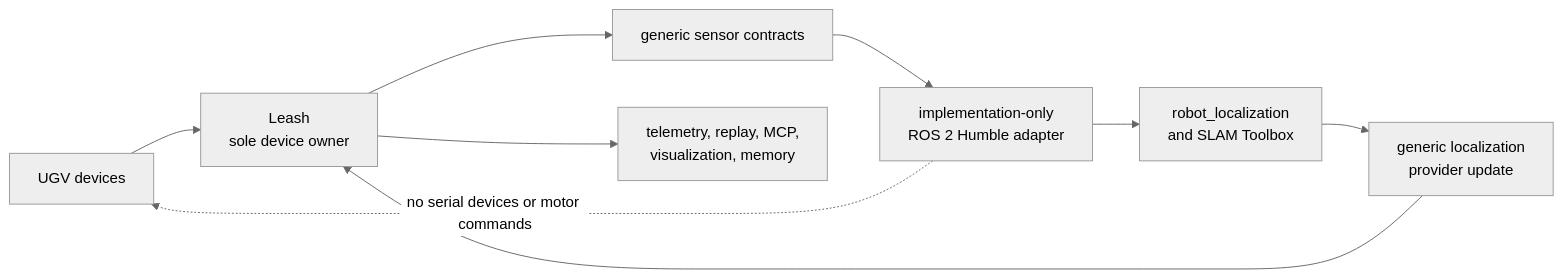
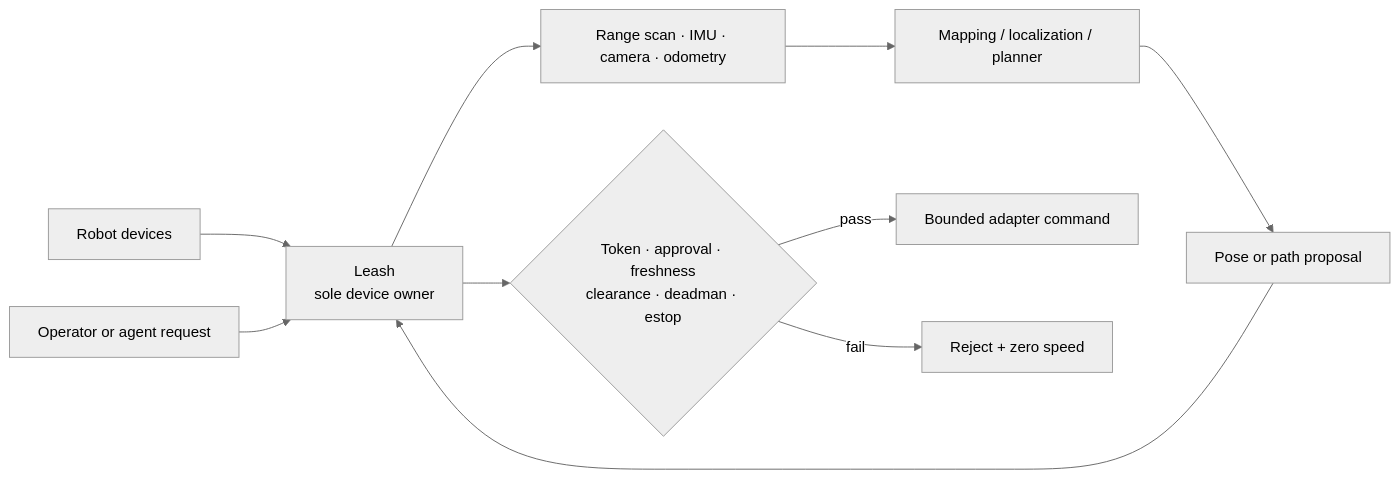
The fifth of 6 diagrams in README.md (specdog/leash), drawn with Mermaid (neutral theme) before and after one commit. The commit also changed other lines of this file and 1 other file, not shown here.

Commit message:
Rewrite Leash introduction around real workflows

````diff
--- a/README.md
+++ b/README.md
@@ -79,11 +167,12 @@
 ```mermaid
 flowchart LR
-  devices["UGV devices"] --> leash["Leash\nsole device owner"]
-  leash --> generic["generic sensor contracts"]
-  generic --> ros["implementation-only\nROS 2 Humble adapter"]
-  ros --> slam["robot_localization\nand SLAM Toolbox"]
-  slam --> provider["generic localization\nprovider update"]
-  provider --> leash
-  leash --> tools["telemetry, replay, MCP,\nvisualization, memory"]
-  ros -. "no serial devices or motor commands" .-> devices
+  devices["Robot devices"] --> leash["Leash\nsole device owner"]
+  leash --> sensorContracts["Range scan · IMU · camera · odometry"]
+  sensorContracts --> provider["Mapping / localization / planner"]
+  provider --> proposal["Pose or path proposal"]
+  proposal --> leash
+  request["Operator or agent request"] --> leash
+  leash --> checks{"Token · approval · freshness\nclearance · deadman · estop"}
+  checks -- pass --> motors["Bounded adapter command"]
+  checks -- fail --> zero["Reject + zero speed"]
 ```
````
